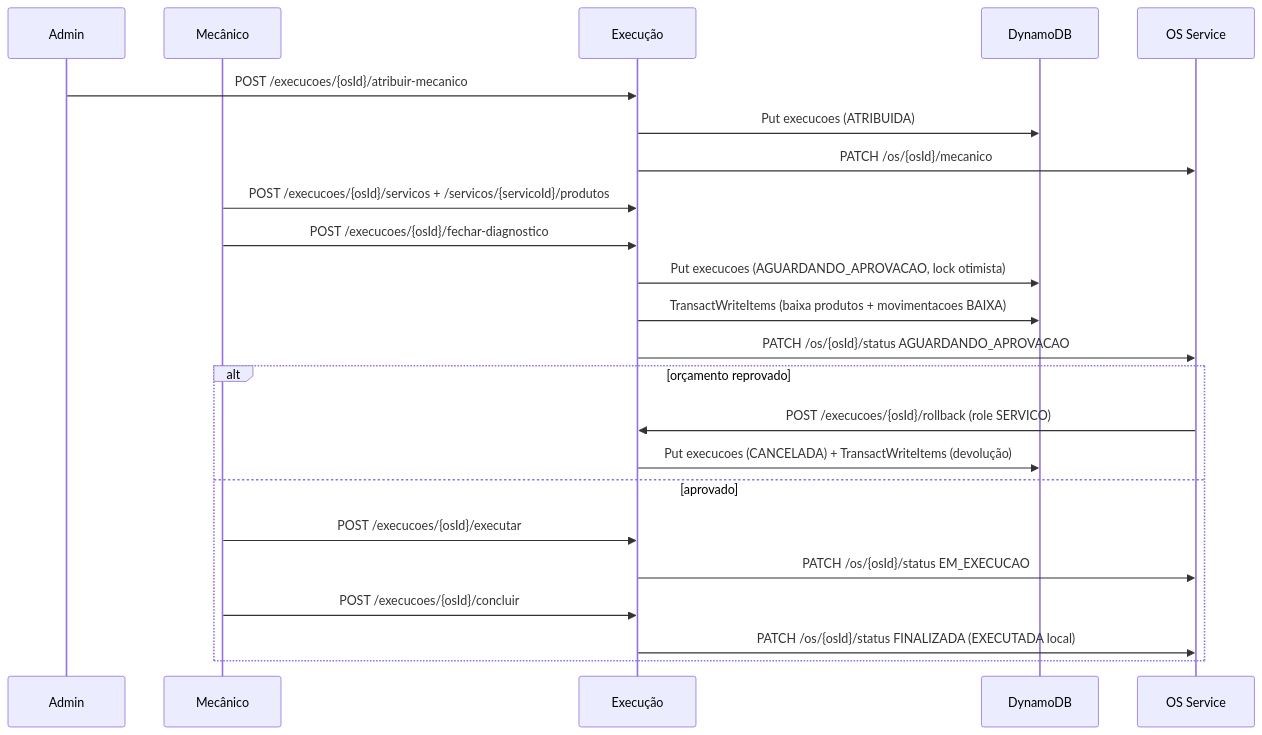
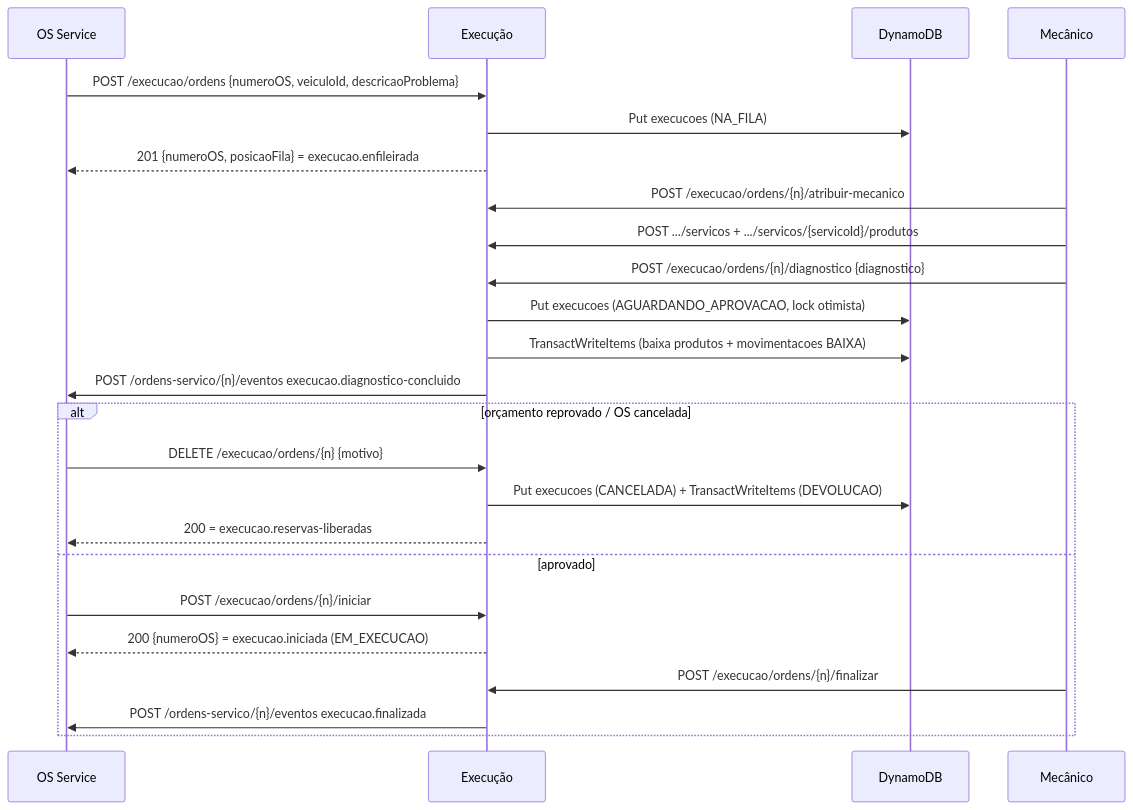
The diagram in README.md (engineercodeprojects/fase-04-soat-fiap-oficina-execucao-service), drawn with Mermaid before and after one commit. The commit also changed other lines of this file and 32 other files, not shown here.

First line of the commit message:
refactor(execucao): segue o contrato RFC-0008 do os-service

````diff
--- a/README.md
+++ b/README.md
@@ -73,25 +77,26 @@
 ```mermaid
 sequenceDiagram
-  participant A as Admin
-  participant M as Mecânico
+  participant O as OS Service
   participant E as Execução
   participant D as DynamoDB
-  participant O as OS Service
-  A->>E: POST /execucoes/{osId}/atribuir-mecanico
-  E->>D: Put execucoes (ATRIBUIDA)
-  E->>O: PATCH /os/{osId}/mecanico
-  M->>E: POST /execucoes/{osId}/servicos  +  /servicos/{servicoId}/produtos
-  M->>E: POST /execucoes/{osId}/fechar-diagnostico
+  participant M as Mecânico
+  O->>E: POST /execucao/ordens {numeroOS, veiculoId, descricaoProblema}
+  E->>D: Put execucoes (NA_FILA)
+  E-->>O: 201 {numeroOS, posicaoFila} = execucao.enfileirada
+  M->>E: POST /execucao/ordens/{n}/atribuir-mecanico
+  M->>E: POST .../servicos  +  .../servicos/{servicoId}/produtos
+  M->>E: POST /execucao/ordens/{n}/diagnostico {diagnostico}
   E->>D: Put execucoes (AGUARDANDO_APROVACAO, lock otimista)
   E->>D: TransactWriteItems (baixa produtos + movimentacoes BAIXA)
-  E->>O: PATCH /os/{osId}/status AGUARDANDO_APROVACAO
-  alt orçamento reprovado
-    O->>E: POST /execucoes/{osId}/rollback (role SERVICO)
-    E->>D: Put execucoes (CANCELADA) + TransactWriteItems (devolução)
+  E->>O: POST /ordens-servico/{n}/eventos  execucao.diagnostico-concluido
+  alt orçamento reprovado / OS cancelada
+    O->>E: DELETE /execucao/ordens/{n} {motivo}
+    E->>D: Put execucoes (CANCELADA) + TransactWriteItems (DEVOLUCAO)
+    E-->>O: 200 = execucao.reservas-liberadas
   else aprovado
-    M->>E: POST /execucoes/{osId}/executar
-    E->>O: PATCH /os/{osId}/status EM_EXECUCAO
-    M->>E: POST /execucoes/{osId}/concluir
-    E->>O: PATCH /os/{osId}/status FINALIZADA (EXECUTADA local)
+    O->>E: POST /execucao/ordens/{n}/iniciar
+    E-->>O: 200 {numeroOS} = execucao.iniciada (EM_EXECUCAO)
+    M->>E: POST /execucao/ordens/{n}/finalizar
+    E->>O: POST /ordens-servico/{n}/eventos  execucao.finalizada
   end
 ```
````
